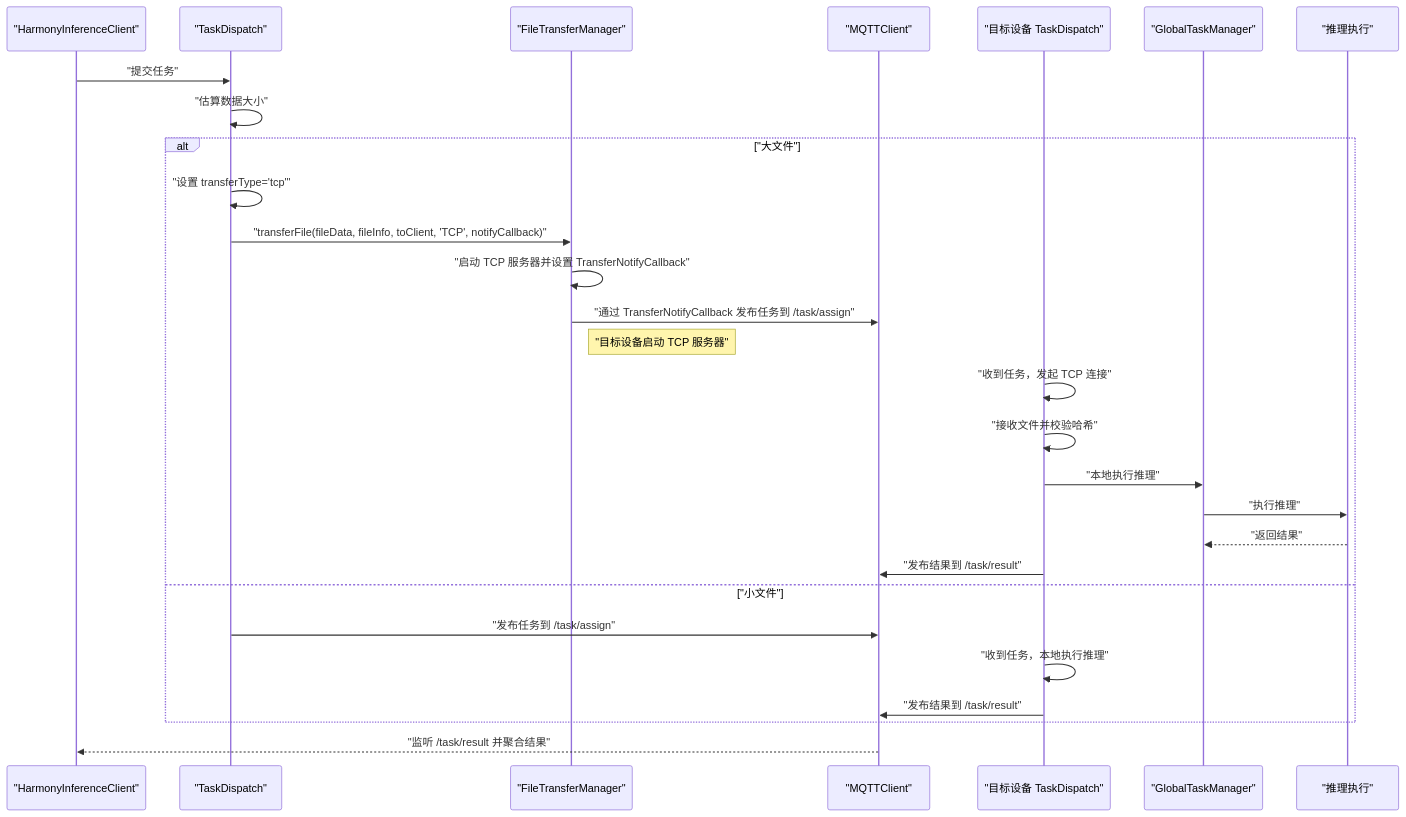
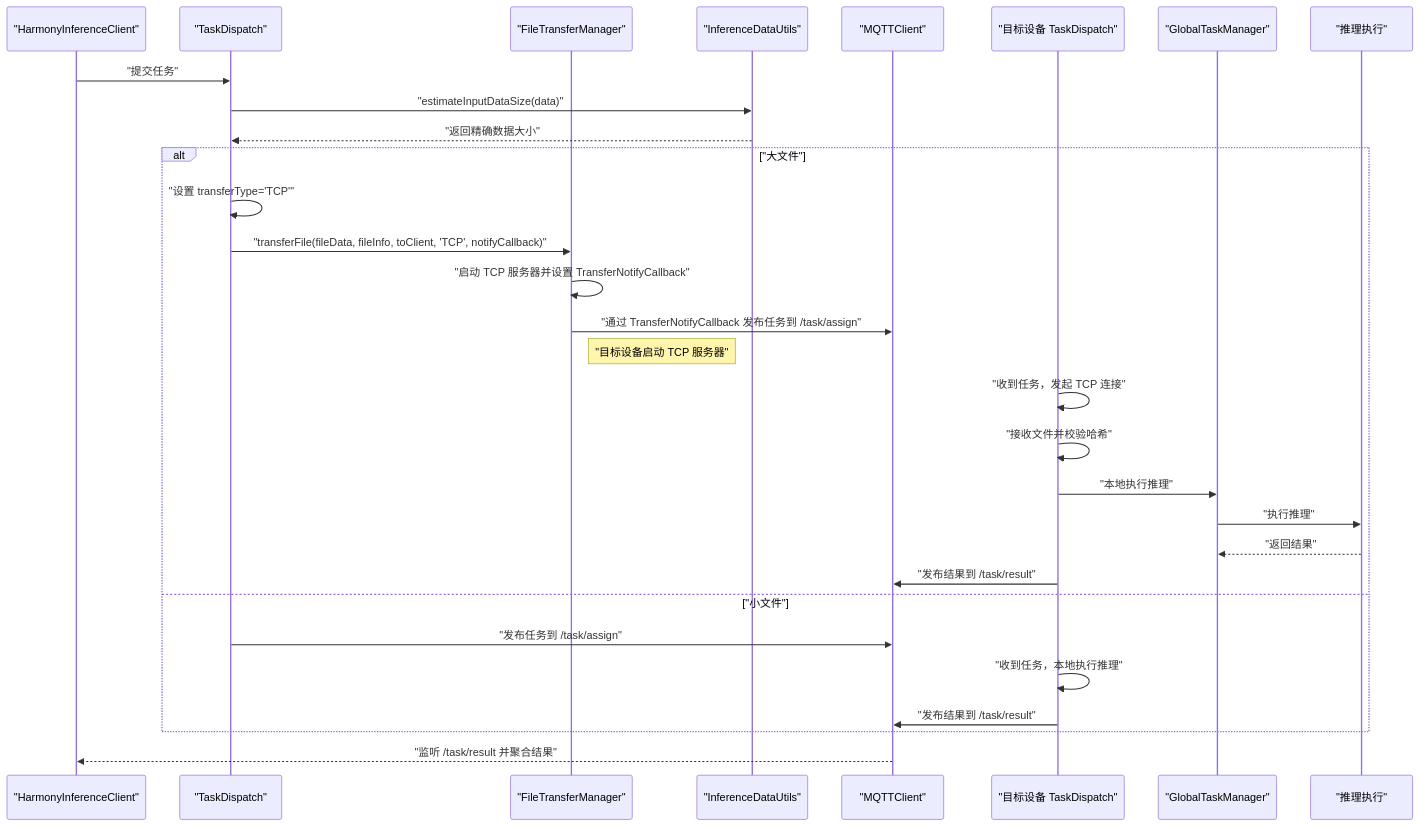
Before and after one commit to huo65/OH-Co3: the second of 9 diagrams in .qoder/repowiki/zh/content/任务调度系统/任务分发机制.md, drawn with Mermaid. The commit also changed other lines of this file and 15 other files, not shown here.

````diff
--- a/.qoder/repowiki/zh/content/任务调度系统/任务分发机制.md
+++ b/.qoder/repowiki/zh/content/任务调度系统/任务分发机制.md
@@ -151,30 +168,32 @@
 ```mermaid
 sequenceDiagram
 participant Client as "HarmonyInferenceClient"
 participant Dispatch as "TaskDispatch"
 participant Manager as "FileTransferManager"
+participant DataUtils as "InferenceDataUtils"
 participant MQTT as "MQTTClient"
 participant Target as "目标设备 TaskDispatch"
 participant Queue as "GlobalTaskManager"
 participant Worker as "推理执行"
 Client->>Dispatch : "提交任务"
-Dispatch->>Dispatch : "估算数据大小"
+Dispatch->>DataUtils : "estimateInputDataSize(data)"
+DataUtils-->>Dispatch : "返回精确数据大小"
 alt "大文件"
-Dispatch->>Dispatch : "设置 transferType='tcp'"
+Dispatch->>Dispatch : "设置 transferType='TCP'"
 Dispatch->>Manager : "transferFile(fileData, fileInfo, toClient, 'TCP', notifyCallback)"
 Manager->>Manager : "启动 TCP 服务器并设置 TransferNotifyCallback"
 Manager->>MQTT : "通过 TransferNotifyCallback 发布任务到 /task/assign"
 Note right of Manager : "目标设备启动 TCP 服务器"
 Target->>Target : "收到任务，发起 TCP 连接"
 Target->>Target : "接收文件并校验哈希"
 Target->>Queue : "本地执行推理"
 Queue->>Worker : "执行推理"
 Worker-->>Queue : "返回结果"
 Target->>MQTT : "发布结果到 /task/result"
 else "小文件"
 Dispatch->>MQTT : "发布任务到 /task/assign"
 Target->>Target : "收到任务，本地执行推理"
 Target->>MQTT : "发布结果到 /task/result"
 end
 MQTT-->>Client : "监听 /task/result 并聚合结果"
 ```
````
